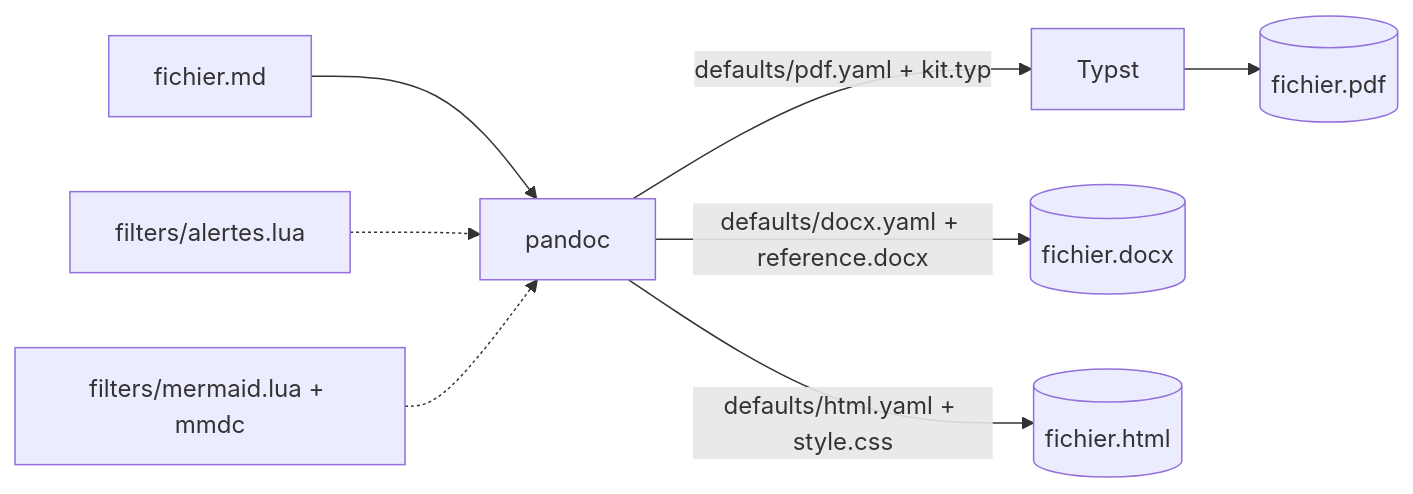
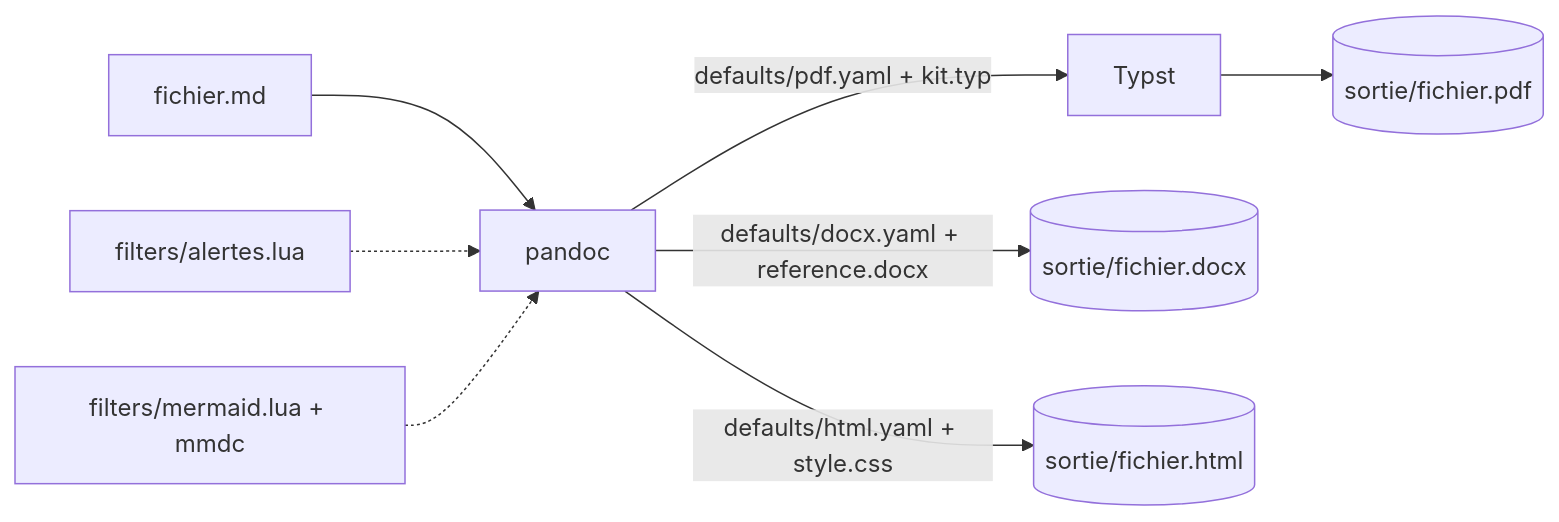
The diagram in README.md (btaoldai/pandoc-markdown), drawn with Mermaid before and after one commit. The commit also changed other lines of this file and 12 other files, not shown here.

````diff
--- a/README.md
+++ b/README.md
@@ -9,9 +9,9 @@
 ```mermaid
 flowchart LR
   MD[fichier.md] --> P[pandoc]
-  P -- defaults/pdf.yaml + kit.typ --> T[Typst] --> PDF[(fichier.pdf)]
-  P -- defaults/docx.yaml + reference.docx --> DOCX[(fichier.docx)]
-  P -- defaults/html.yaml + style.css --> HTML[(fichier.html)]
+  P -- defaults/pdf.yaml + kit.typ --> T[Typst] --> PDF[(sortie/fichier.pdf)]
+  P -- defaults/docx.yaml + reference.docx --> DOCX[(sortie/fichier.docx)]
+  P -- defaults/html.yaml + style.css --> HTML[(sortie/fichier.html)]
   F1[filters/alertes.lua] -.-> P
   F2[filters/mermaid.lua + mmdc] -.-> P
 ```
````
